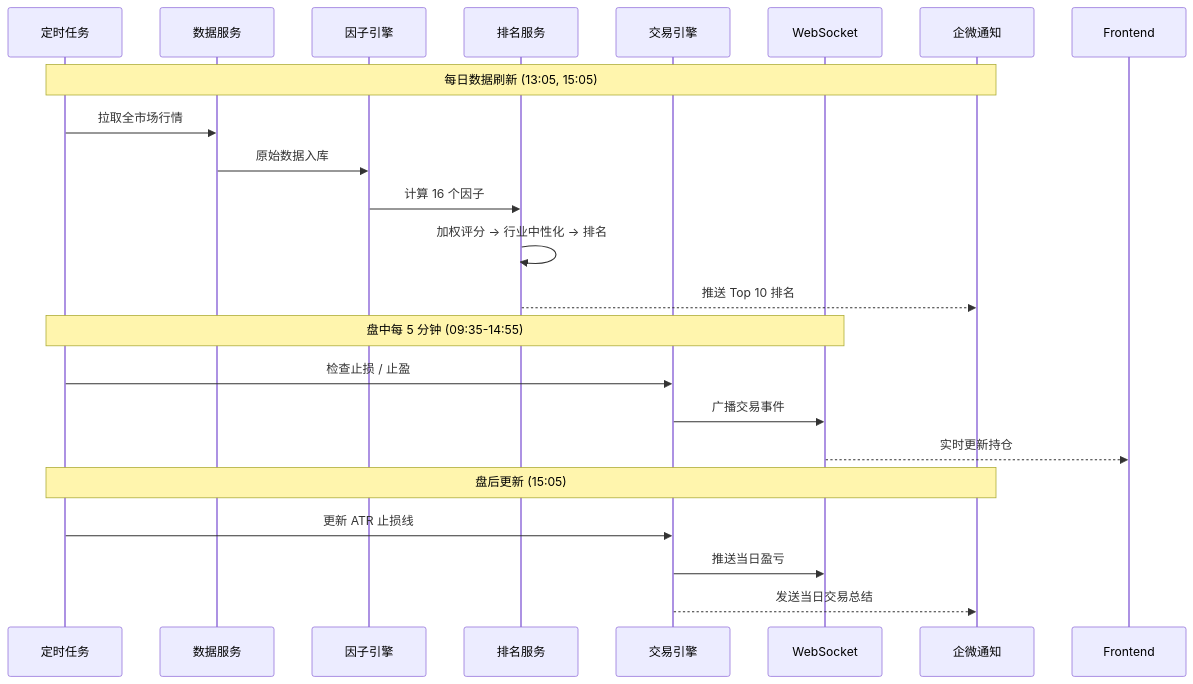
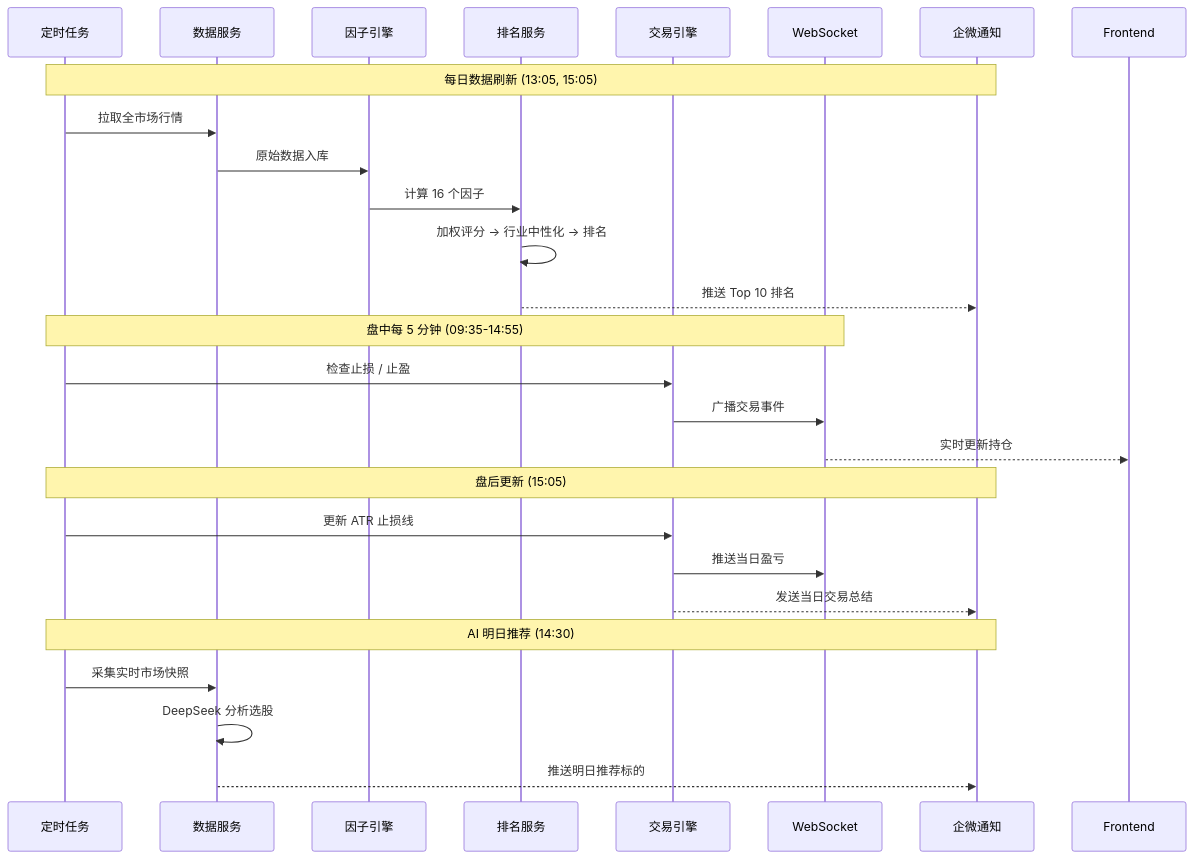
Before and after one commit to Leechion/stock-picker: the second of 6 diagrams in README.md, drawn with Mermaid. The commit also changed other lines of this file and 15 other files, not shown here.

````diff
--- a/README.md
+++ b/README.md
@@ -124,27 +147,32 @@
 ```mermaid
 sequenceDiagram
     participant Cron as 定时任务
     participant DS as 数据服务
     participant FE as 因子引擎
     participant RS as 排名服务
     participant TE as 交易引擎
     participant WS as WebSocket
     participant WX as 企微通知
 
     Note over Cron, WX: 每日数据刷新 (13:05, 15:05)
     Cron->>DS: 拉取全市场行情
     DS->>FE: 原始数据入库
     FE->>RS: 计算 16 个因子
     RS->>RS: 加权评分 → 行业中性化 → 排名
     RS-->>WX: 推送 Top 10 排名
 
     Note over Cron, WS: 盘中每 5 分钟 (09:35-14:55)
     Cron->>TE: 检查止损 / 止盈
     TE->>WS: 广播交易事件
     WS-->>Frontend: 实时更新持仓
 
     Note over Cron, WX: 盘后更新 (15:05)
     Cron->>TE: 更新 ATR 止损线
     TE->>WS: 推送当日盈亏
     TE-->>WX: 发送当日交易总结
+
+    Note over Cron, WX: AI 明日推荐 (14:30)
+    Cron->>DS: 采集实时市场快照
+    DS->>DS: DeepSeek 分析选股
+    DS-->>WX: 推送明日推荐标的
 ```
````
